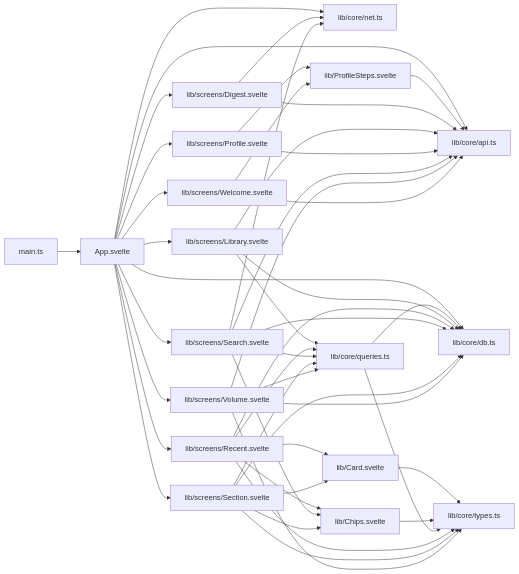
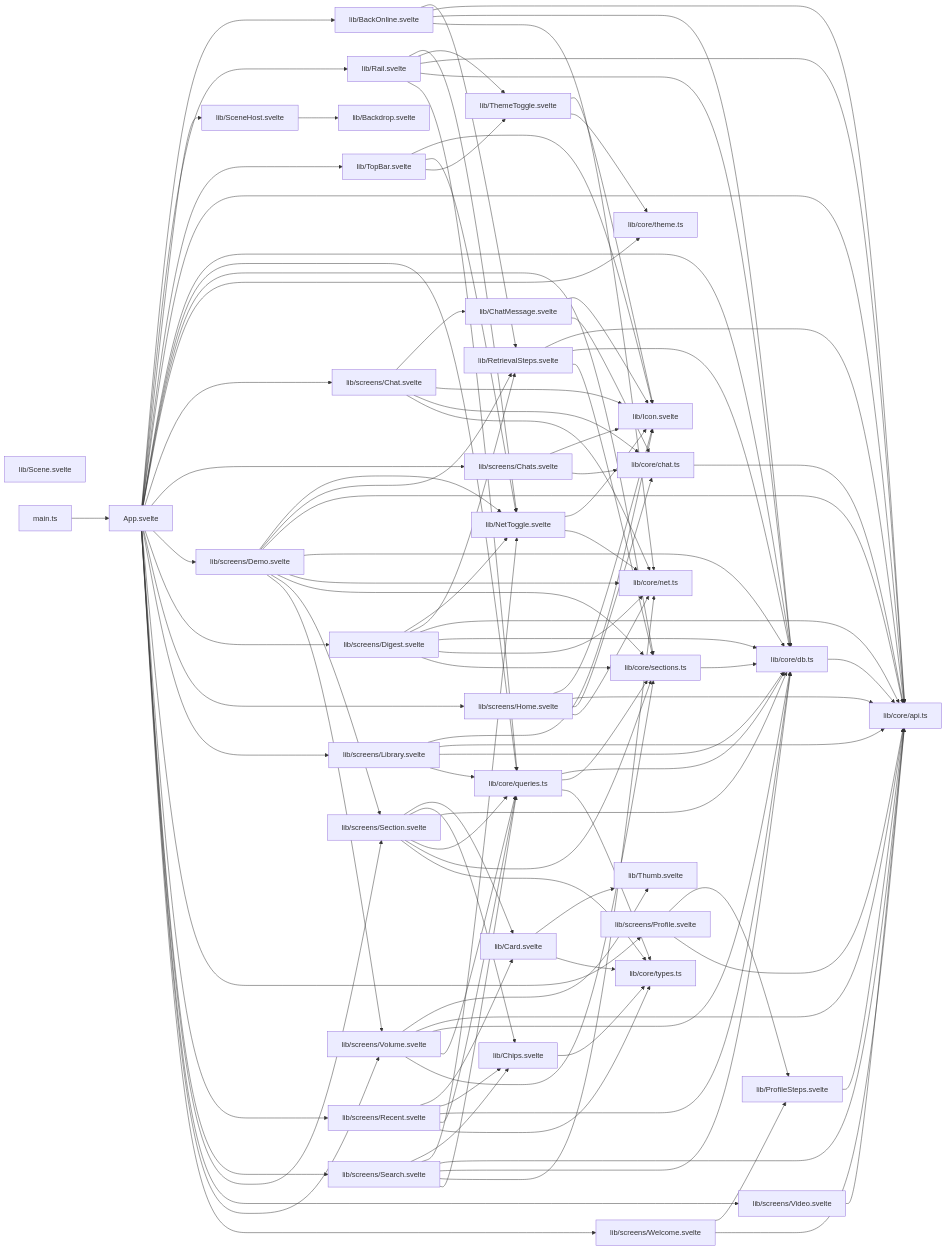
One commit to reversely/lifekit changed the second of 2 diagrams in docs/content/architecture.md. Above: the diagram before and after it, drawn with Mermaid. The commit also changed other lines of this file and 9 other files, not shown here.

````diff
--- a/docs/content/architecture.md
+++ b/docs/content/architecture.md
@@ -65,34 +83,114 @@
 ```mermaid
 graph LR
   App_svelte["App.svelte"]
+  App_svelte --> lib_BackOnline_svelte
+  App_svelte --> lib_Rail_svelte
+  App_svelte --> lib_SceneHost_svelte
+  App_svelte --> lib_TopBar_svelte
   App_svelte --> lib_core_api_ts
   App_svelte --> lib_core_db_ts
-  App_svelte --> lib_core_net_ts
+  App_svelte --> lib_core_queries_ts
+  App_svelte --> lib_core_sections_ts
+  App_svelte --> lib_core_theme_ts
+  App_svelte --> lib_screens_Chat_svelte
+  App_svelte --> lib_screens_Chats_svelte
+  App_svelte --> lib_screens_Demo_svelte
   App_svelte --> lib_screens_Digest_svelte
+  App_svelte --> lib_screens_Home_svelte
   App_svelte --> lib_screens_Library_svelte
   App_svelte --> lib_screens_Profile_svelte
   App_svelte --> lib_screens_Recent_svelte
   App_svelte --> lib_screens_Search_svelte
   App_svelte --> lib_screens_Section_svelte
+  App_svelte --> lib_screens_Video_svelte
   App_svelte --> lib_screens_Volume_svelte
   App_svelte --> lib_screens_Welcome_svelte
+  lib_BackOnline_svelte["lib/BackOnline.svelte"]
+  lib_BackOnline_svelte --> lib_RetrievalSteps_svelte
+  lib_BackOnline_svelte --> lib_core_api_ts
+  lib_BackOnline_svelte --> lib_core_db_ts
+  lib_BackOnline_svelte --> lib_core_net_ts
+  lib_Backdrop_svelte["lib/Backdrop.svelte"]
   lib_Card_svelte["lib/Card.svelte"]
+  lib_Card_svelte --> lib_Thumb_svelte
   lib_Card_svelte --> lib_core_types_ts
+  lib_ChatMessage_svelte["lib/ChatMessage.svelte"]
+  lib_ChatMessage_svelte --> lib_Icon_svelte
+  lib_ChatMessage_svelte --> lib_core_chat_ts
   lib_Chips_svelte["lib/Chips.svelte"]
   lib_Chips_svelte --> lib_core_types_ts
+  lib_Icon_svelte["lib/Icon.svelte"]
+  lib_NetToggle_svelte["lib/NetToggle.svelte"]
+  lib_NetToggle_svelte --> lib_Icon_svelte
+  lib_NetToggle_svelte --> lib_core_net_ts
   lib_ProfileSteps_svelte["lib/ProfileSteps.svelte"]
   lib_ProfileSteps_svelte --> lib_core_api_ts
+  lib_Rail_svelte["lib/Rail.svelte"]
+  lib_Rail_svelte --> lib_NetToggle_svelte
+  lib_Rail_svelte --> lib_ThemeToggle_svelte
+  lib_Rail_svelte --> lib_core_api_ts
+  lib_Rail_svelte --> lib_core_db_ts
+  lib_Rail_svelte --> lib_core_queries_ts
+  lib_RetrievalSteps_svelte["lib/RetrievalSteps.svelte"]
+  lib_RetrievalSteps_svelte --> lib_core_api_ts
+  lib_RetrievalSteps_svelte --> lib_core_db_ts
+  lib_RetrievalSteps_svelte --> lib_core_sections_ts
+  lib_Scene_svelte["lib/Scene.svelte"]
+  lib_SceneHost_svelte["lib/SceneHost.svelte"]
+  lib_SceneHost_svelte --> lib_Backdrop_svelte
+  lib_ThemeToggle_svelte["lib/ThemeToggle.svelte"]
+  lib_ThemeToggle_svelte --> lib_Icon_svelte
+  lib_ThemeToggle_svelte --> lib_core_theme_ts
+  lib_Thumb_svelte["lib/Thumb.svelte"]
+  lib_TopBar_svelte["lib/TopBar.svelte"]
+  lib_TopBar_svelte --> lib_Icon_svelte
+  lib_TopBar_svelte --> lib_NetToggle_svelte
+  lib_TopBar_svelte --> lib_ThemeToggle_svelte
   lib_core_api_ts["lib/core/api.ts"]
+  lib_core_chat_ts["lib/core/chat.ts"]
+  lib_core_chat_ts --> lib_core_api_ts
   lib_core_db_ts["lib/core/db.ts"]
+  lib_core_db_ts --> lib_core_api_ts
   lib_core_net_ts["lib/core/net.ts"]
   lib_core_queries_ts["lib/core/queries.ts"]
   lib_core_queries_ts --> lib_core_db_ts
+  lib_core_queries_ts --> lib_core_sections_ts
   lib_core_queries_ts --> lib_core_types_ts
+  lib_core_sections_ts["lib/core/sections.ts"]
+  lib_core_sections_ts --> lib_core_db_ts
+  lib_core_theme_ts["lib/core/theme.ts"]
   lib_core_types_ts["lib/core/types.ts"]
+  lib_screens_Chat_svelte["lib/screens/Chat.svelte"]
+  lib_screens_Chat_svelte --> lib_ChatMessage_svelte
+  lib_screens_Chat_svelte --> lib_Icon_svelte
+  lib_screens_Chat_svelte --> lib_core_chat_ts
+  lib_screens_Chat_svelte --> lib_core_net_ts
+  lib_screens_Chats_svelte["lib/screens/Chats.svelte"]
+  lib_screens_Chats_svelte --> lib_Icon_svelte
+  lib_screens_Chats_svelte --> lib_core_chat_ts
+  lib_screens_Demo_svelte["lib/screens/Demo.svelte"]
+  lib_screens_Demo_svelte --> lib_NetToggle_svelte
+  lib_screens_Demo_svelte --> lib_RetrievalSteps_svelte
+  lib_screens_Demo_svelte --> lib_core_api_ts
+  lib_screens_Demo_svelte --> lib_core_db_ts
+  lib_screens_Demo_svelte --> lib_core_net_ts
+  lib_screens_Demo_svelte --> lib_core_sections_ts
+  lib_screens_Demo_svelte --> lib_screens_Section_svelte
+  lib_screens_Demo_svelte --> lib_screens_Volume_svelte
   lib_screens_Digest_svelte["lib/screens/Digest.svelte"]
+  lib_screens_Digest_svelte --> lib_NetToggle_svelte
+  lib_screens_Digest_svelte --> lib_RetrievalSteps_svelte
   lib_screens_Digest_svelte --> lib_core_api_ts
+  lib_screens_Digest_svelte --> lib_core_db_ts
   lib_screens_Digest_svelte --> lib_core_net_ts
+  lib_screens_Digest_svelte --> lib_core_sections_ts
+  lib_screens_Home_svelte["lib/screens/Home.svelte"]
+  lib_screens_Home_svelte --> lib_Icon_svelte
+  lib_screens_Home_svelte --> lib_core_api_ts
+  lib_screens_Home_svelte --> lib_core_chat_ts
+  lib_screens_Home_svelte --> lib_core_net_ts
   lib_screens_Library_svelte["lib/screens/Library.svelte"]
+  lib_screens_Library_svelte --> lib_Icon_svelte
   lib_screens_Library_svelte --> lib_core_api_ts
   lib_screens_Library_svelte --> lib_core_db_ts
   lib_screens_Library_svelte --> lib_core_queries_ts
@@ -107,6 +205,7 @@
   lib_screens_Recent_svelte --> lib_core_types_ts
   lib_screens_Search_svelte["lib/screens/Search.svelte"]
   lib_screens_Search_svelte --> lib_Chips_svelte
+  lib_screens_Search_svelte --> lib_NetToggle_svelte
   lib_screens_Search_svelte --> lib_core_api_ts
   lib_screens_Search_svelte --> lib_core_db_ts
   lib_screens_Search_svelte --> lib_core_net_ts
@@ -116,12 +215,16 @@
   lib_screens_Section_svelte --> lib_Chips_svelte
   lib_screens_Section_svelte --> lib_core_db_ts
   lib_screens_Section_svelte --> lib_core_queries_ts
+  lib_screens_Section_svelte --> lib_core_sections_ts
   lib_screens_Section_svelte --> lib_core_types_ts
+  lib_screens_Video_svelte["lib/screens/Video.svelte"]
+  lib_screens_Video_svelte --> lib_core_api_ts
   lib_screens_Volume_svelte["lib/screens/Volume.svelte"]
+  lib_screens_Volume_svelte --> lib_Thumb_svelte
   lib_screens_Volume_svelte --> lib_core_api_ts
   lib_screens_Volume_svelte --> lib_core_db_ts
   lib_screens_Volume_svelte --> lib_core_queries_ts
-  lib_screens_Volume_svelte --> lib_core_types_ts
+  lib_screens_Volume_svelte --> lib_core_sections_ts
   lib_screens_Welcome_svelte["lib/screens/Welcome.svelte"]
   lib_screens_Welcome_svelte --> lib_ProfileSteps_svelte
   lib_screens_Welcome_svelte --> lib_core_api_ts
````
